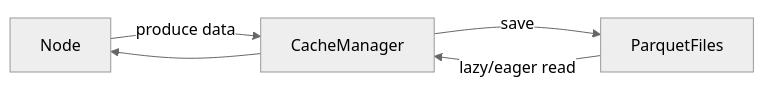
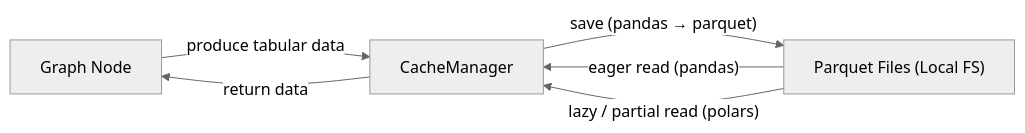
One commit to marykorol98/cache-manager-case-study changed the diagram in diagrams/cache_read_write_flow.mmd. Above: the diagram before and after it, drawn with Mermaid (neutral theme). The commit also changed 1 other file, not shown here.

Commit message:
added diagram to README

```diff
--- a/diagrams/cache_read_write_flow.mmd
+++ b/diagrams/cache_read_write_flow.mmd
@@ -1,5 +1,10 @@
 flowchart LR
-    Node -->|produce data| CacheManager
-    CacheManager -->|save| ParquetFiles
-    ParquetFiles -->|lazy/eager read| CacheManager
-    CacheManager --> Node
+    Node["Graph Node"]
+    CacheManager["CacheManager"]
+    Parquet["Parquet Files (Local FS)"]
+
+    Node -->|"produce tabular data"| CacheManager
+    CacheManager -->|"save (pandas → parquet)"| Parquet
+    Parquet -->|"eager read (pandas)"| CacheManager
+    Parquet -->|"lazy / partial read (polars)"| CacheManager
+    CacheManager -->|"return data"| Node
```
